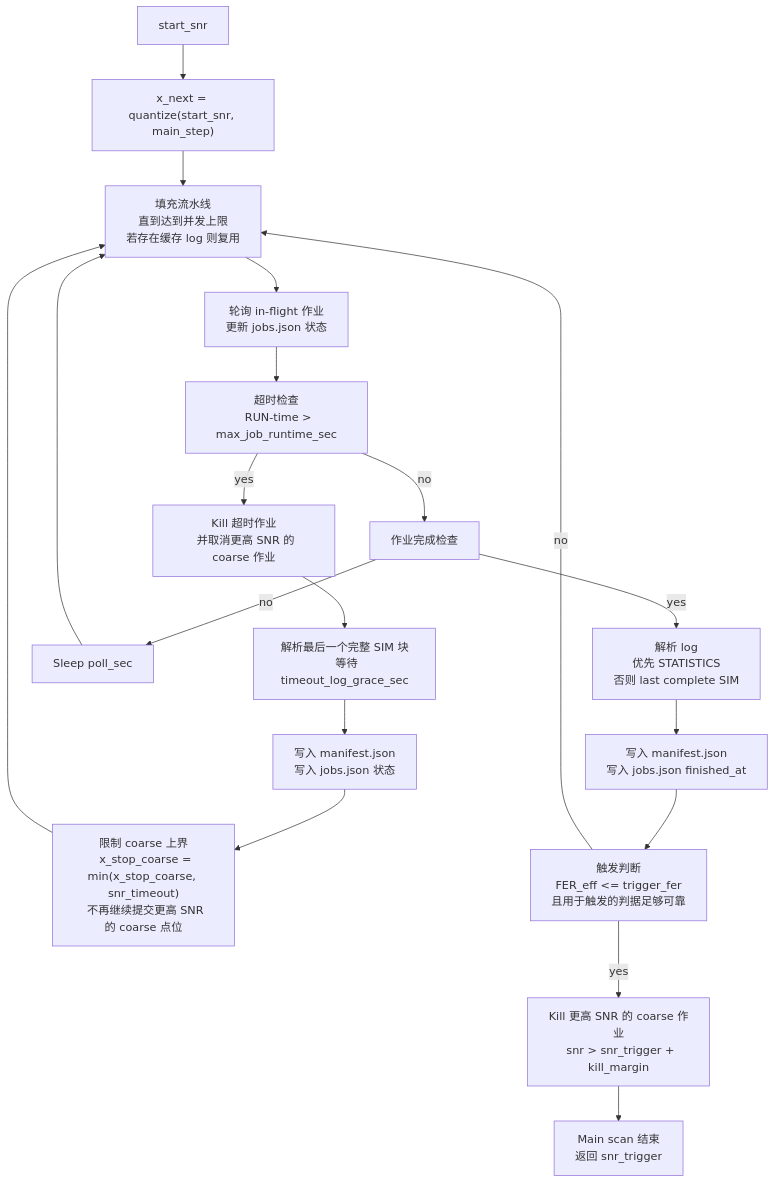
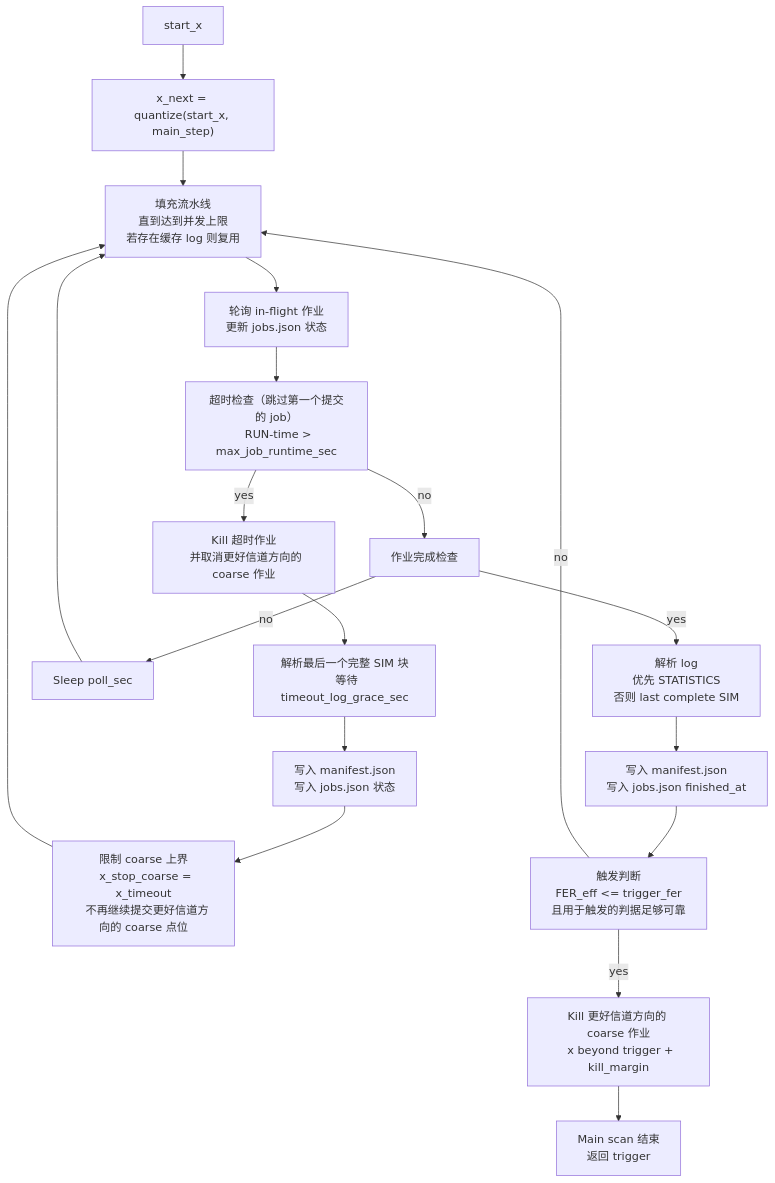
The third of 4 diagrams in scripts/auto_fer_eval/README.md (Gol-D-Rogger/LDPC-codes), drawn with Mermaid before and after one commit. The commit also changed other lines of this file and 38 other files, not shown here.

````diff
--- a/scripts/auto_fer_eval/README.md
+++ b/scripts/auto_fer_eval/README.md
@@ -168,38 +174,38 @@
 ```mermaid
 flowchart TD
-  S["start_snr"] --> XN["x_next = quantize(start_snr, main_step)"]
+  S["start_x"] --> XN["x_next = quantize(start_x, main_step)"]
 
   XN --> FILL["填充流水线
   直到达到并发上限
   若存在缓存 log 则复用"]
   FILL --> POLL["轮询 in-flight 作业
   更新 jobs.json 状态"]
 
-  POLL --> TO["超时检查
+  POLL --> TO["超时检查（跳过第一个提交的 job）
   RUN-time > max_job_runtime_sec"]
   TO -->| yes | KILL["Kill 超时作业
-  并取消更高 SNR 的 coarse 作业"]
+  并取消更好信道方向的 coarse 作业"]
   KILL --> PARSE["解析最后一个完整 SIM 块
   等待 timeout_log_grace_sec"]
   PARSE --> REC["写入 manifest.json
   写入 jobs.json 状态"]
   REC --> CAP["限制 coarse 上界
-  x_stop_coarse = min(x_stop_coarse, snr_timeout)
-  不再继续提交更高 SNR 的 coarse 点位"]
+  x_stop_coarse = x_timeout
+  不再继续提交更好信道方向的 coarse 点位"]
   CAP --> FILL
 
   TO -->| no | DONE["作业完成检查"]
   DONE -->| no | SLEEP["Sleep poll_sec"] --> FILL
   DONE -->| yes | PARSE2["解析 log
   优先 STATISTICS
   否则 last complete SIM"]
   PARSE2 --> REC2["写入 manifest.json
   写入 jobs.json finished_at"]
   REC2 --> TRIG["触发判断
   FER_eff <= trigger_fer
   且用于触发的判据足够可靠"]
-  TRIG -->| yes | KILL2["Kill 更高 SNR 的 coarse 作业
-  snr > snr_trigger + kill_margin"] --> END["Main scan 结束
-  返回 snr_trigger"]
+  TRIG -->| yes | KILL2["Kill 更好信道方向的 coarse 作业
+  x beyond trigger + kill_margin"] --> END["Main scan 结束
+  返回 trigger"]
   TRIG -->| no | FILL
 ```
````
